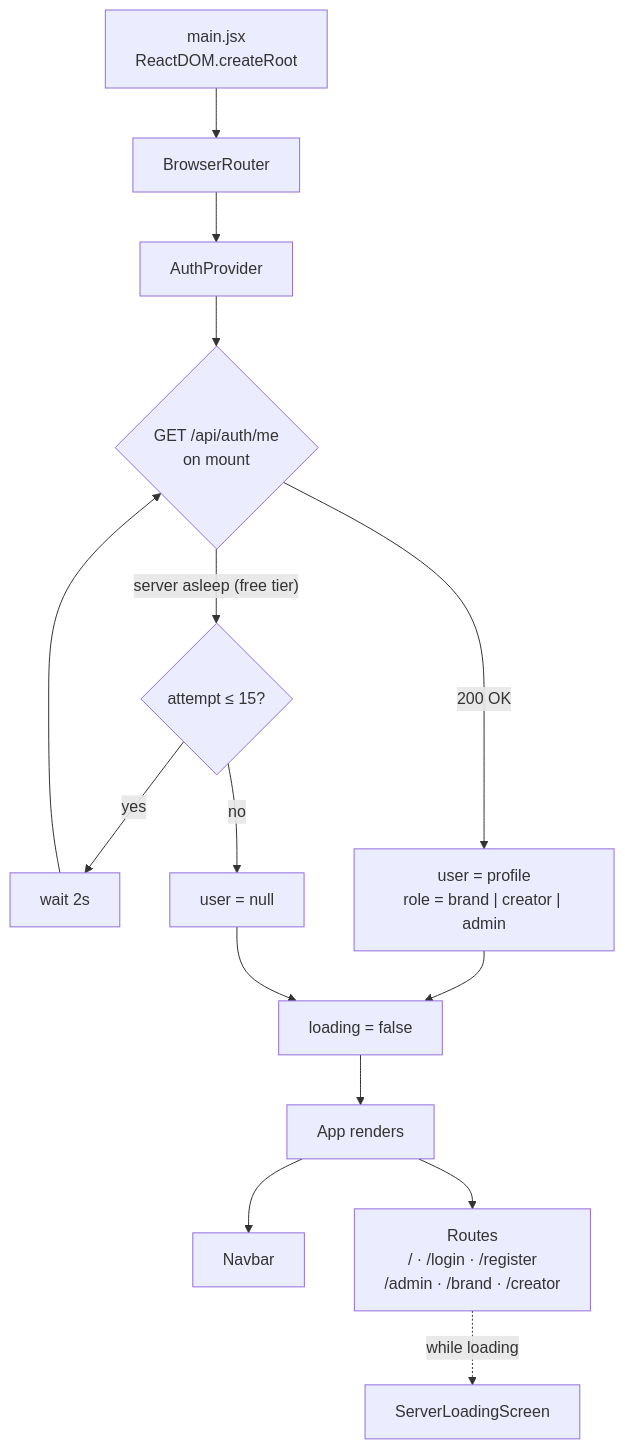
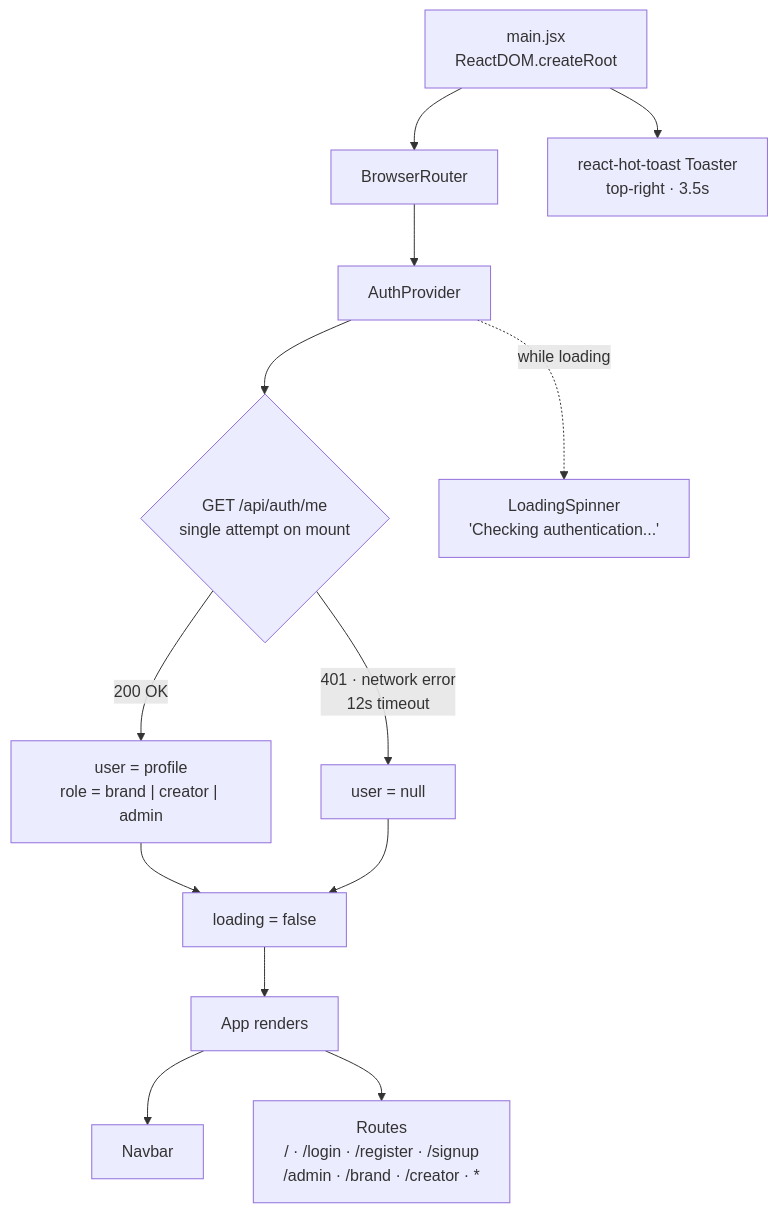
One commit to RohitChintalapudi/BrandForge_Frontend changed the second of 11 diagrams in README.md. Above: the diagram before and after it, drawn with Mermaid. The commit also changed other lines of this file, not shown here.

First line of the commit message:
docs(readme): document single-shot session restore and context-based guards

````diff
--- a/README.md
+++ b/README.md
@@ -161,15 +161,17 @@
 ```mermaid
 flowchart TD
     MAIN["main.jsx<br/>ReactDOM.createRoot"] --> BR["BrowserRouter"]
     BR --> AP["AuthProvider"]
-    AP --> FU{"GET /api/auth/me<br/>on mount"}
-    FU -- "server asleep (free tier)" --> RETRY{"attempt ≤ 15?"}
-    RETRY -- "yes" --> WAIT["wait 2s"] --> FU
-    RETRY -- "no" --> NULL["user = null"]
+    MAIN --> TOASTER["react-hot-toast Toaster<br/>top-right · 3.5s"]
+
+    AP --> FU{"GET /api/auth/me<br/>single attempt on mount"}
     FU -- "200 OK" --> USER["user = profile<br/>role = brand | creator | admin"]
+    FU -- "401 · network error<br/>12s timeout" --> NULL["user = null"]
     USER & NULL --> LD["loading = false"]
+
+    AP -. "while loading" .-> LS["LoadingSpinner<br/>'Checking authentication...'"]
+
     LD --> APP["App renders"]
     APP --> NAV["Navbar"]
-    APP --> ROUTES["Routes<br/>/ · /login · /register<br/>/admin · /brand · /creator"]
-    ROUTES -. "while loading" .-> SLS["ServerLoadingScreen"]
+    APP --> ROUTES["Routes<br/>/ · /login · /register · /signup<br/>/admin · /brand · /creator · *"]
 ```
````
